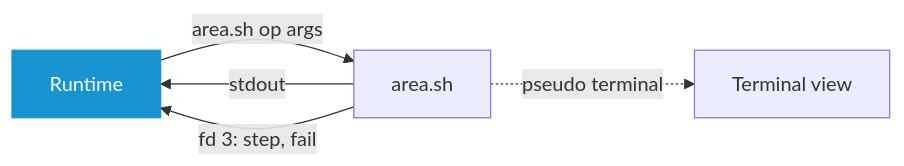
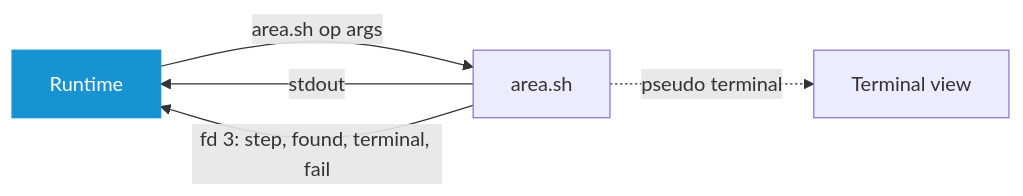
The diagram in docs/REFERENCE.md (murkl/arch-os-manager), drawn with Mermaid before and after one commit. The commit also changed other lines of this file and 34 other files, not shown here.

````diff
--- a/docs/REFERENCE.md
+++ b/docs/REFERENCE.md
@@ -228,9 +235,9 @@
 ```mermaid
 flowchart LR
     R[Runtime] -->|area.sh op args| S[area.sh]
     S -->|stdout| R
-    S -->|"fd 3: step, fail"| R
+    S -->|"fd 3: step, found, terminal, fail"| R
     S -.->|pseudo terminal| T[Terminal view]
 
     style R fill:#1793d1,stroke:#1793d1,color:#fff
 ```
````
